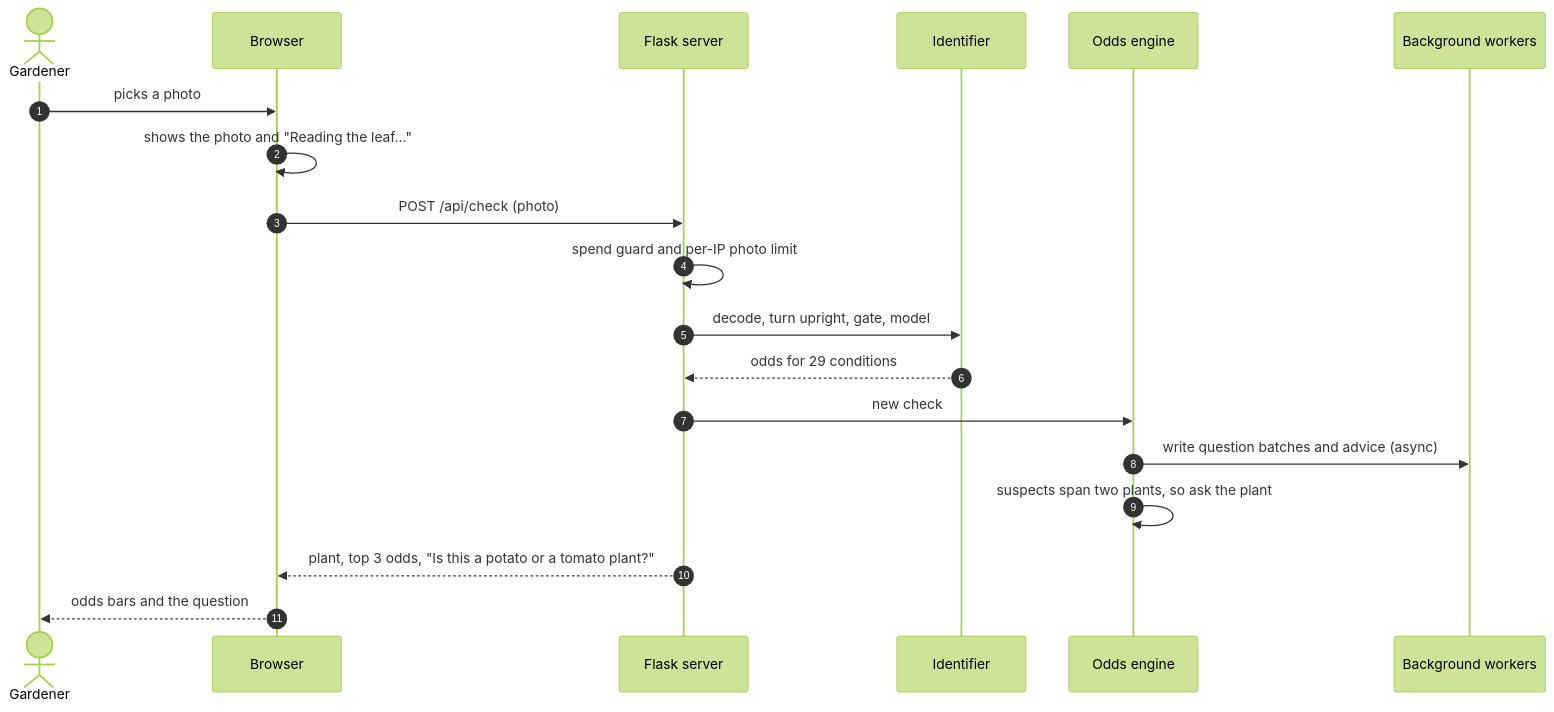
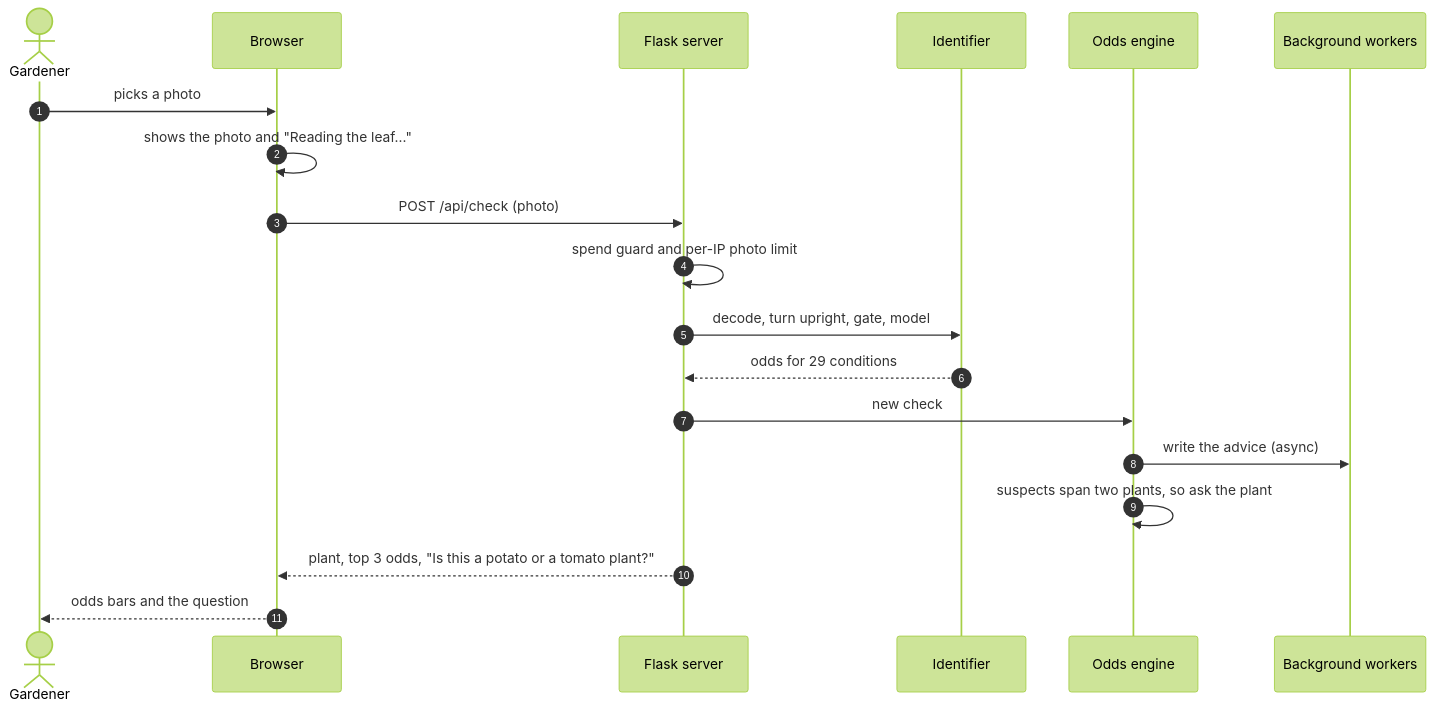
Before and after one commit to aakashksen/sprout: the first of 5 diagrams in docs/architecture/check-lifecycle.md, drawn with Mermaid (forest theme). The commit also changed other lines of this file and 10 other files, not shown here.

Commit message:
Describe the follow-up question engine (E18) in the README, site and architecture pages; fix test count and split wording

````diff
--- a/docs/architecture/check-lifecycle.md
+++ b/docs/architecture/check-lifecycle.md
@@ -9,22 +9,22 @@
 ```mermaid
 sequenceDiagram
     autonumber
     actor G as Gardener
     participant B as Browser
     participant S as Flask server
     participant I as Identifier
     participant E as Odds engine
     participant W as Background workers
 
     G->>B: picks a photo
     B->>B: shows the photo and "Reading the leaf..."
     B->>S: POST /api/check (photo)
     S->>S: spend guard and per-IP photo limit
     S->>I: decode, turn upright, gate, model
     I-->>S: odds for 29 conditions
     S->>E: new check
-    E->>W: write question batches and advice (async)
+    E->>W: write the advice (async)
     E->>E: suspects span two plants, so ask the plant
     S-->>B: plant, top 3 odds, "Is this a potato or a tomato plant?"
     B-->>G: odds bars and the question
 ```
````
